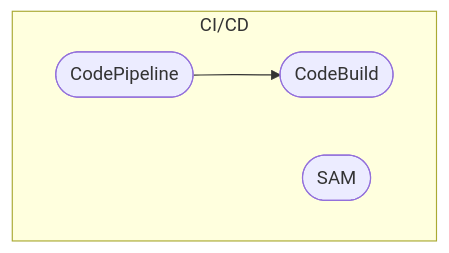
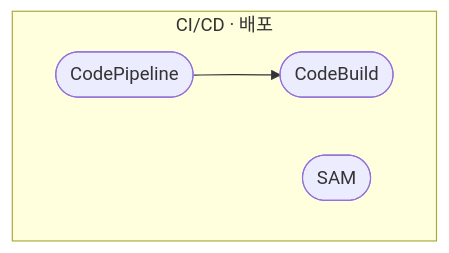
Before and after one commit to gwonmin/QuizNox_front: the third of 4 diagrams in public/handbook/dva/overview.md, drawn with Mermaid. The commit also changed other lines of this file and 125 other files, not shown here.

````diff
--- a/public/handbook/dva/overview.md
+++ b/public/handbook/dva/overview.md
@@ -69,10 +98,10 @@
 ```mermaid
 flowchart TB
-  subgraph cicd [CI/CD]
+  subgraph cicd [CI/CD · 배포]
     CP([CodePipeline])
     CB([CodeBuild])
     SAM([SAM])
   end
   CP --> CB
   SAM
 ```
````
